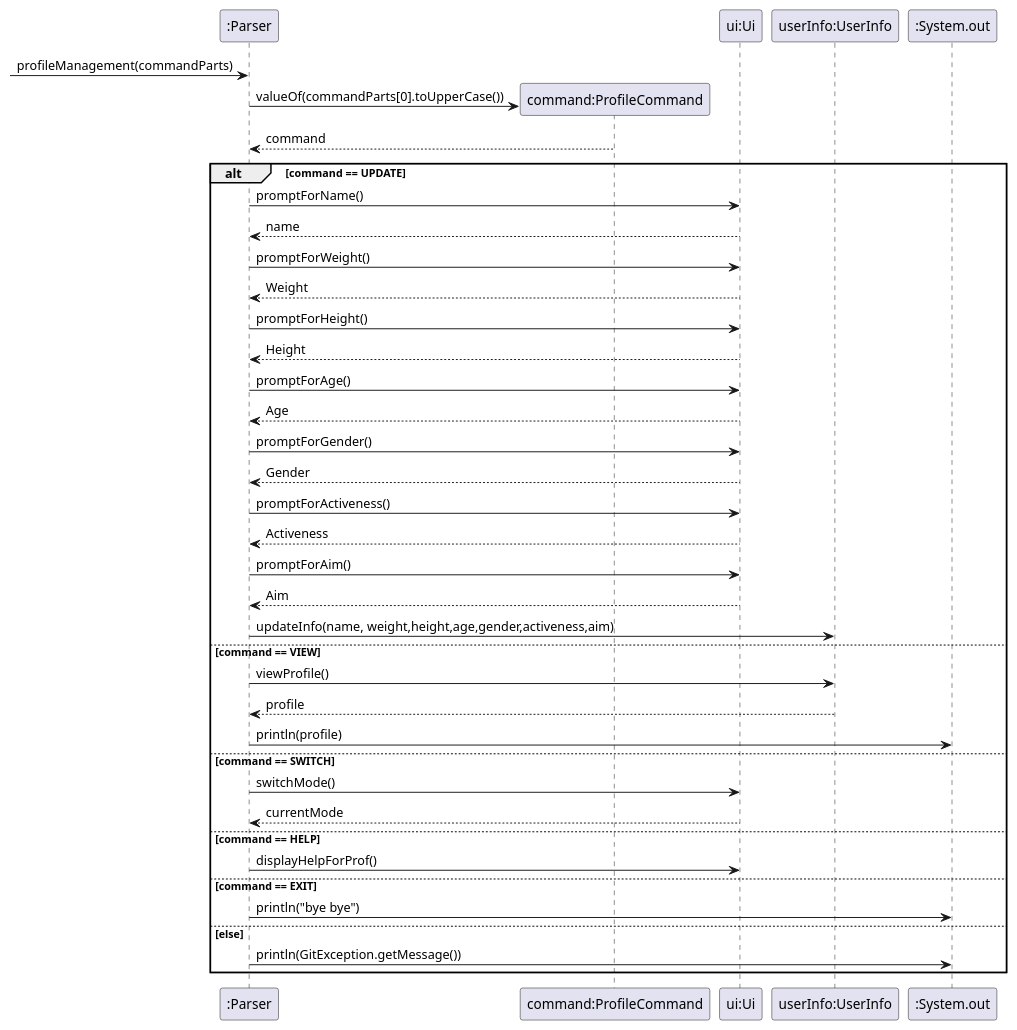
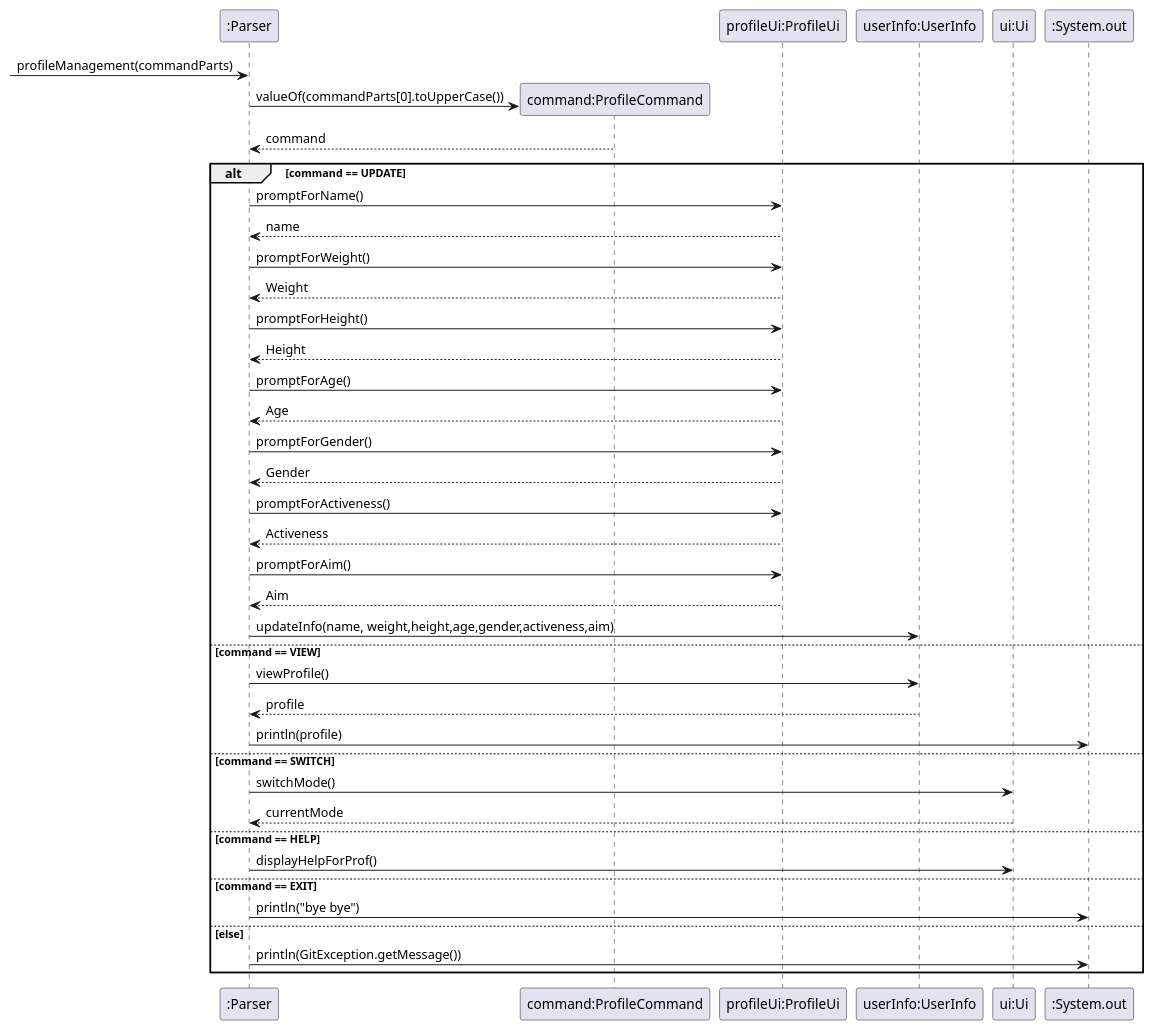
One commit to LuoYu-uwu/tp changed the diagram in docs/diagrams/profileManagement.puml. Above: the diagram before and after it, drawn with PlantUML. The commit also changed 10 other files, not shown here.

Commit message:
Add sequence diagrams

```diff
--- a/docs/diagrams/profileManagement.puml
+++ b/docs/diagrams/profileManagement.puml
@@ -1,46 +1,47 @@
 @startuml
 
 participant ":Parser" as p
 participant "command:ProfileCommand" as prof
+participant "profileUi:ProfileUi" as pui
+participant "userInfo:UserInfo" as info
 participant "ui:Ui" as ui
-participant "userInfo:UserInfo" as info
 participant ":System.out" as sys
 
  -> p : profileManagement(commandParts)
 create prof
 p -> prof : valueOf(commandParts[0].toUpperCase())
 prof --> p : command
 
 alt command == UPDATE
-    p -> ui : promptForName()
-    ui --> p : name
-    p -> ui : promptForWeight()
-    ui --> p : Weight
-    p -> ui : promptForHeight()
-    ui --> p : Height
-    p -> ui : promptForAge()
-    ui --> p : Age
-    p -> ui : promptForGender()
-    ui --> p : Gender
-    p -> ui : promptForActiveness()
-    ui --> p : Activeness
-    p -> ui : promptForAim()
-    ui --> p : Aim
+    p -> pui : promptForName()
+    pui --> p : name
+    p -> pui : promptForWeight()
+    pui --> p : Weight
+    p -> pui : promptForHeight()
+    pui --> p : Height
+    p -> pui : promptForAge()
+    pui --> p : Age
+    p -> pui : promptForGender()
+    pui --> p : Gender
+    p -> pui : promptForActiveness()
+    pui --> p : Activeness
+    p -> pui : promptForAim()
+    pui --> p : Aim
     p -> info : updateInfo(name, weight,height,age,gender,activeness,aim)
 else command == VIEW
     p -> info: viewProfile()
     info --> p : profile
     p -> sys : println(profile)
 else command == SWITCH
     p -> ui : switchMode()
     ui --> p : currentMode
 else command == HELP
     p -> ui : displayHelpForProf()
 else command == EXIT
     p -> sys : println("bye bye")
 else else
     p -> sys : println(GitException.getMessage())
 end
 
 
 @enduml
```
